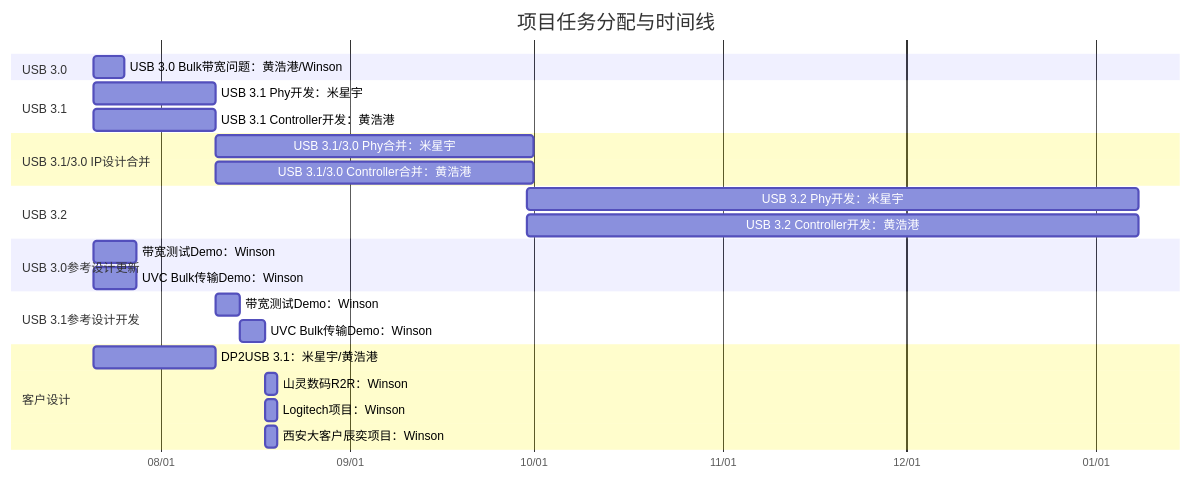
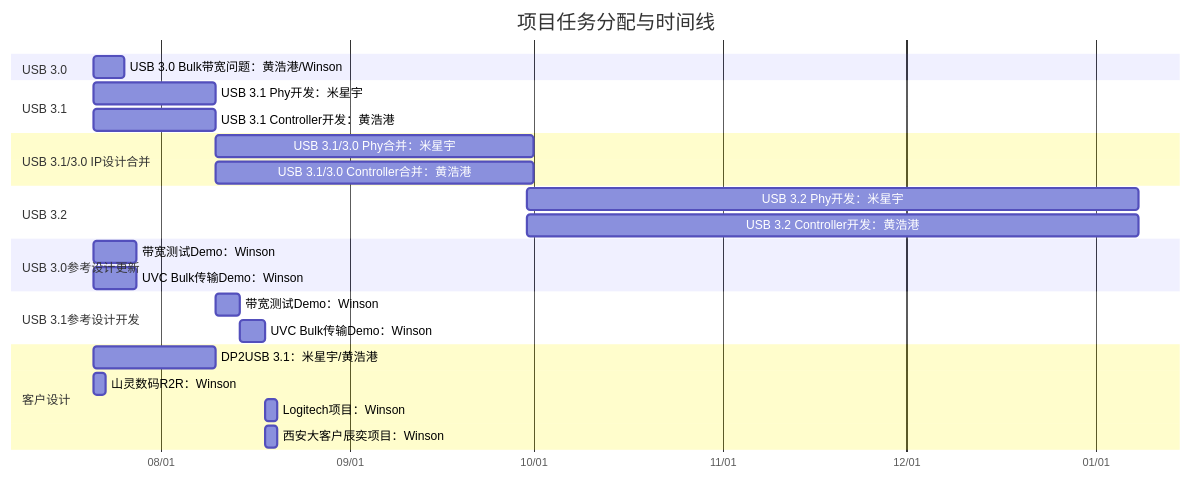
The diagram in all/未命名.md (winsonbook/iodraw-files), drawn with Mermaid before and after one commit.

Commit message:
2025-07-21 10:11:43 update

````diff
--- a/all/未命名.md
+++ b/all/未命名.md
@@ -1,35 +1,35 @@
 ```mermaid
 gantt
     title 项目任务分配与时间线
     dateFormat  YYYY-MM-DD
     axisFormat  %m/%d
 
     section USB 3.0
     USB 3.0 Bulk带宽问题：黄浩港/Winson   :    task1, 2025-07-21, 5d
 
     section USB 3.1
     USB 3.1 Phy开发：米星宇      :         task2, 2025-07-21, 20d
     USB 3.1 Controller开发：黄浩港      :  task3, 2025-07-21, 20d
 
     section USB 3.1/3.0 IP设计合并
     USB 3.1/3.0 Phy合并：米星宇       :    task4, 2025-08-10, 52d
     USB 3.1/3.0 Controller合并：黄浩港:    task5, 2025-08-10, 52d
 
     section USB 3.2
     USB 3.2 Phy开发：米星宇      :         task2, 2025-09-30, 100d
     USB 3.2 Controller开发：黄浩港      :  task3, 2025-09-30, 100d
 
     section USB 3.0参考设计更新
     带宽测试Demo：Winson       :         task6, 2025-07-21, 7d
     UVC Bulk传输Demo：Winson   :        task7, 2025-07-21, 7d
 
     section USB 3.1参考设计开发
     带宽测试Demo：Winson       :         task8, 2025-08-10, 4d
     UVC Bulk传输Demo：Winson   :         task9, 2025-08-14, 4d
 
     section 客户设计
     DP2USB 3.1：米星宇/黄浩港      :task10, 2025-07-21, 20d
-    山灵数码R2R：Winson :             task11, 2025-08-18, 2d
+    山灵数码R2R：Winson :             task11, 2025-07-21, 2d
     Logitech项目：Winson :            task12, 2025-08-18, 2d
     西安大客户辰奕项目：Winson :       task13, 2025-08-18, 2d
 ```
````
